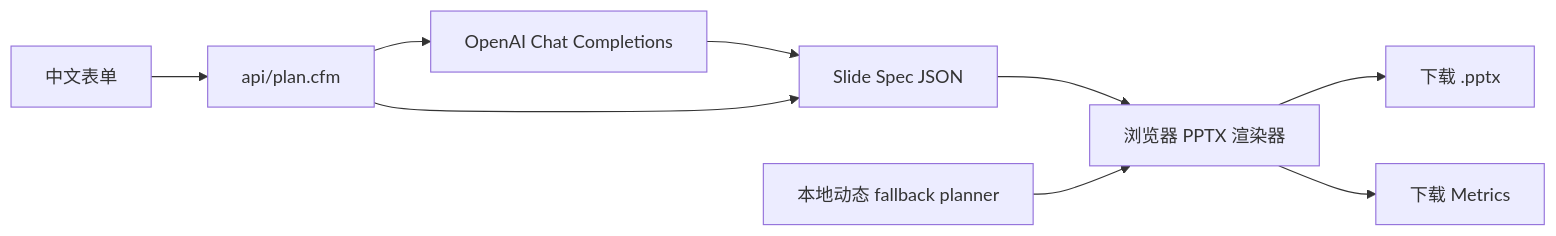
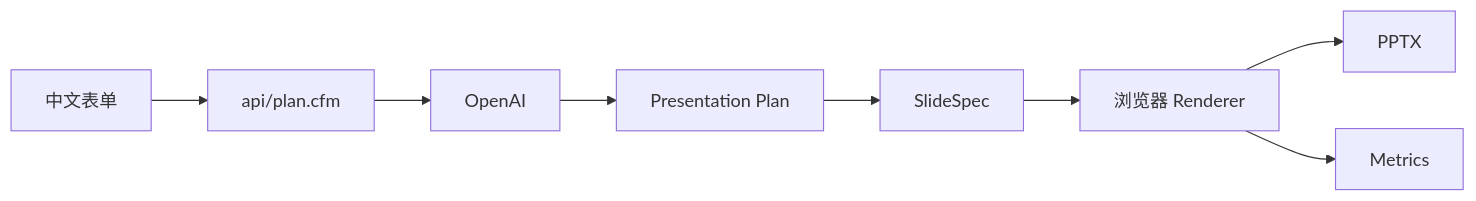
Before and after one commit to wayne-lou/FDE: the second of 2 diagrams in README.md, drawn with Mermaid. The commit also changed other lines of this file, not shown here.

````diff
--- a/README.md
+++ b/README.md
@@ -43,11 +97,14 @@
 ```mermaid
 flowchart LR
-  A["中文表单"] --> B["api/plan.cfm"]
-  B --> C["OpenAI Chat Completions"]
-  C --> D["Slide Spec JSON"]
-  B --> D
-  D --> E["浏览器 PPTX 渲染器"]
-  F["本地动态 fallback planner"] --> E
-  E --> G["下载 .pptx"]
-  E --> H["下载 Metrics"]
+A[中文表单]
+-->B[api/plan.cfm]
+-->C[OpenAI]
+-->D[Presentation Plan]
+
+D-->E[SlideSpec]
+
+E-->F[浏览器 Renderer]
+
+F-->G[PPTX]
+F-->H[Metrics]
 ```
````
